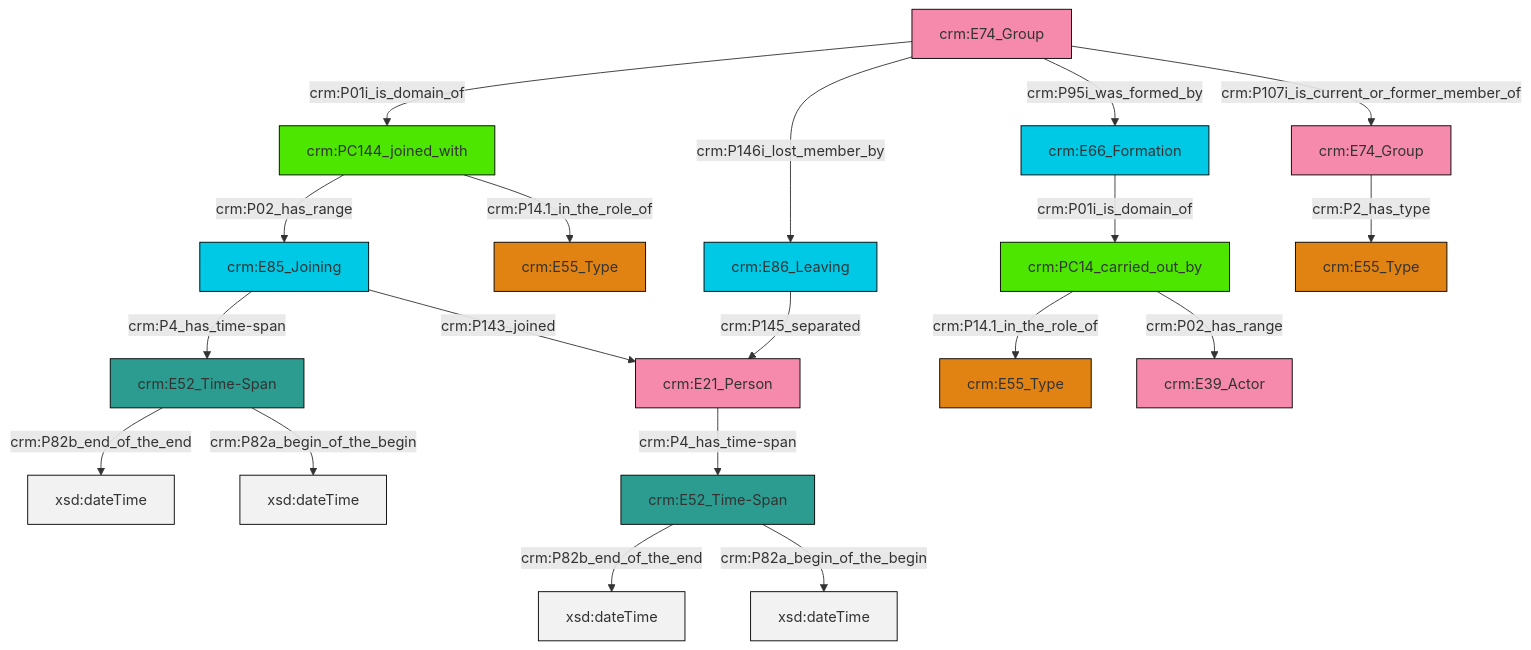
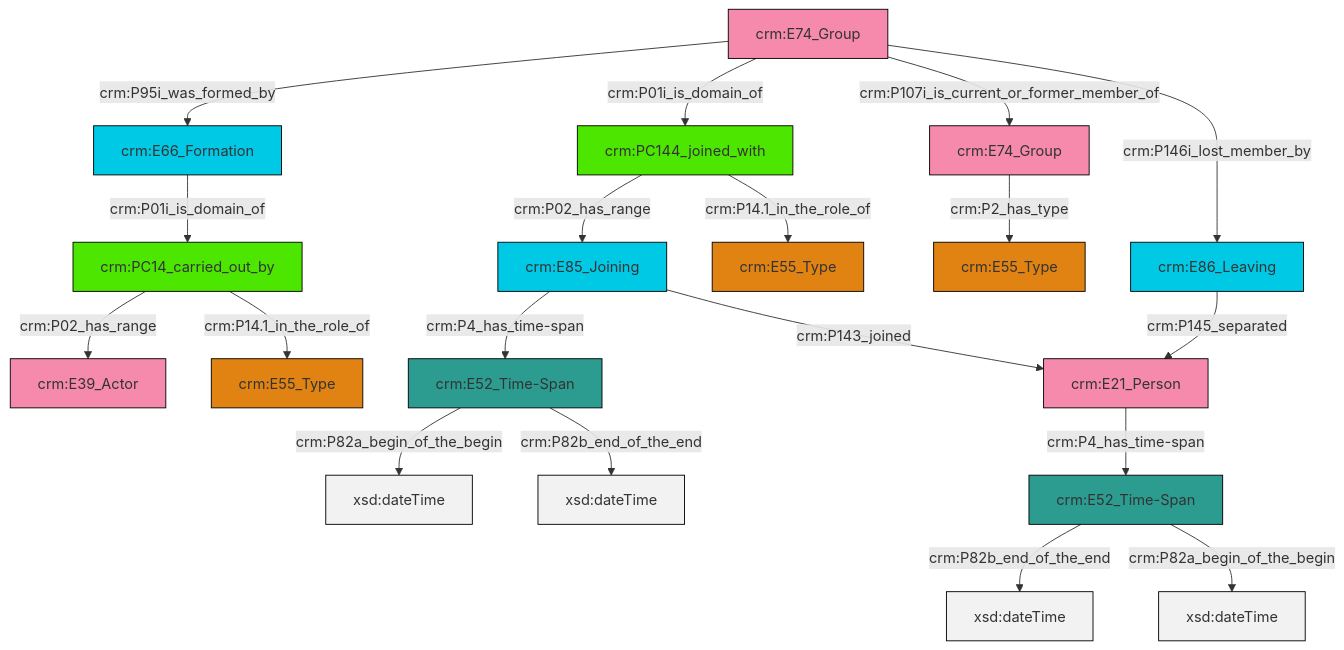
The diagram in et/groupCSV/ttl/mmd/group_actor_relations.ttl.mmd (swiss-art-research-net/reference-data-models), drawn with Mermaid before and after one commit. The commit also changed 128 other files, not shown here.

```diff
--- a/et/groupCSV/ttl/mmd/group_actor_relations.ttl.mmd
+++ b/et/groupCSV/ttl/mmd/group_actor_relations.ttl.mmd
@@ -1,33 +1,33 @@
 graph TD
 classDef Literal fill:#f2f2f2,stroke:#000000;
 classDef CRM_Entity fill:#FFFFFF,stroke:#000000;
 classDef Temporal_Entity fill:#00C9E6, stroke:#000000;
 classDef Type fill:#E18312, stroke:#000000;
 classDef Time-Span fill:#2C9C91, stroke:#000000;
 classDef Appellation fill:#FFEB7F, stroke:#000000;
 classDef Place fill:#008836, stroke:#000000;
 classDef Persistent_Item fill:#B266B2, stroke:#000000;
 classDef Conceptual_Object fill:#FFD700, stroke:#000000;
 classDef Physical_Thing fill:#D2B48C, stroke:#000000;
 classDef Actor fill:#f58aad, stroke:#000000;
 classDef PC_Classes fill:#4ce600, stroke:#000000;
 classDef Multi fill:#cccccc,stroke:#000000;
 
-6["crm:E74_Group"]:::Actor -->|crm:P01i_is_domain_of| 0["crm:PC144_joined_with"]:::PC_Classes
-0["crm:PC144_joined_with"]:::PC_Classes -->|crm:P02_has_range| 7["crm:E85_Joining"]:::Temporal_Entity
-4["crm:E52_Time-Span"]:::Time-Span -->|crm:P82b_end_of_the_end| 10[xsd:dateTime]:::Literal
-11["crm:E86_Leaving"]:::Temporal_Entity -->|crm:P145_separated| 12["crm:E21_Person"]:::Actor
-15["crm:E66_Formation"]:::Temporal_Entity -->|crm:P01i_is_domain_of| 16["crm:PC14_carried_out_by"]:::PC_Classes
-6["crm:E74_Group"]:::Actor -->|crm:P146i_lost_member_by| 11["crm:E86_Leaving"]:::Temporal_Entity
-7["crm:E85_Joining"]:::Temporal_Entity -->|crm:P4_has_time-span| 18["crm:E52_Time-Span"]:::Time-Span
-4["crm:E52_Time-Span"]:::Time-Span -->|crm:P82a_begin_of_the_begin| 20[xsd:dateTime]:::Literal
-21["crm:E74_Group"]:::Actor -->|crm:P2_has_type| 2["crm:E55_Type"]:::Type
-6["crm:E74_Group"]:::Actor -->|crm:P95i_was_formed_by| 15["crm:E66_Formation"]:::Temporal_Entity
-16["crm:PC14_carried_out_by"]:::PC_Classes -->|crm:P14.1_in_the_role_of| 8["crm:E55_Type"]:::Type
-16["crm:PC14_carried_out_by"]:::PC_Classes -->|crm:P02_has_range| 26["crm:E39_Actor"]:::Actor
-12["crm:E21_Person"]:::Actor -->|crm:P4_has_time-span| 4["crm:E52_Time-Span"]:::Time-Span
-6["crm:E74_Group"]:::Actor -->|crm:P107i_is_current_or_former_member_of| 21["crm:E74_Group"]:::Actor
-18["crm:E52_Time-Span"]:::Time-Span -->|crm:P82b_end_of_the_end| 28[xsd:dateTime]:::Literal
+0["crm:PC144_joined_with"]:::PC_Classes -->|crm:P02_has_range| 1["crm:E85_Joining"]:::Temporal_Entity
+1["crm:E85_Joining"]:::Temporal_Entity -->|crm:P4_has_time-span| 2["crm:E52_Time-Span"]:::Time-Span
+5["crm:E66_Formation"]:::Temporal_Entity -->|crm:P01i_is_domain_of| 6["crm:PC14_carried_out_by"]:::PC_Classes
+6["crm:PC14_carried_out_by"]:::PC_Classes -->|crm:P02_has_range| 7["crm:E39_Actor"]:::Actor
+1["crm:E85_Joining"]:::Temporal_Entity -->|crm:P143_joined| 8["crm:E21_Person"]:::Actor
+9["crm:E52_Time-Span"]:::Time-Span -->|crm:P82b_end_of_the_end| 10[xsd:dateTime]:::Literal
+11["crm:E74_Group"]:::Actor -->|crm:P95i_was_formed_by| 5["crm:E66_Formation"]:::Temporal_Entity
+8["crm:E21_Person"]:::Actor -->|crm:P4_has_time-span| 9["crm:E52_Time-Span"]:::Time-Span
+6["crm:PC14_carried_out_by"]:::PC_Classes -->|crm:P14.1_in_the_role_of| 15["crm:E55_Type"]:::Type
+2["crm:E52_Time-Span"]:::Time-Span -->|crm:P82a_begin_of_the_begin| 18[xsd:dateTime]:::Literal
+9["crm:E52_Time-Span"]:::Time-Span -->|crm:P82a_begin_of_the_begin| 19[xsd:dateTime]:::Literal
+11["crm:E74_Group"]:::Actor -->|crm:P01i_is_domain_of| 0["crm:PC144_joined_with"]:::PC_Classes
+23["crm:E74_Group"]:::Actor -->|crm:P2_has_type| 3["crm:E55_Type"]:::Type
+24["crm:E86_Leaving"]:::Temporal_Entity -->|crm:P145_separated| 8["crm:E21_Person"]:::Actor
+11["crm:E74_Group"]:::Actor -->|crm:P107i_is_current_or_former_member_of| 23["crm:E74_Group"]:::Actor
 0["crm:PC144_joined_with"]:::PC_Classes -->|crm:P14.1_in_the_role_of| 13["crm:E55_Type"]:::Type
-18["crm:E52_Time-Span"]:::Time-Span -->|crm:P82a_begin_of_the_begin| 33[xsd:dateTime]:::Literal
-7["crm:E85_Joining"]:::Temporal_Entity -->|crm:P143_joined| 12["crm:E21_Person"]:::Actor
+11["crm:E74_Group"]:::Actor -->|crm:P146i_lost_member_by| 24["crm:E86_Leaving"]:::Temporal_Entity
+2["crm:E52_Time-Span"]:::Time-Span -->|crm:P82b_end_of_the_end| 33[xsd:dateTime]:::Literal
```
